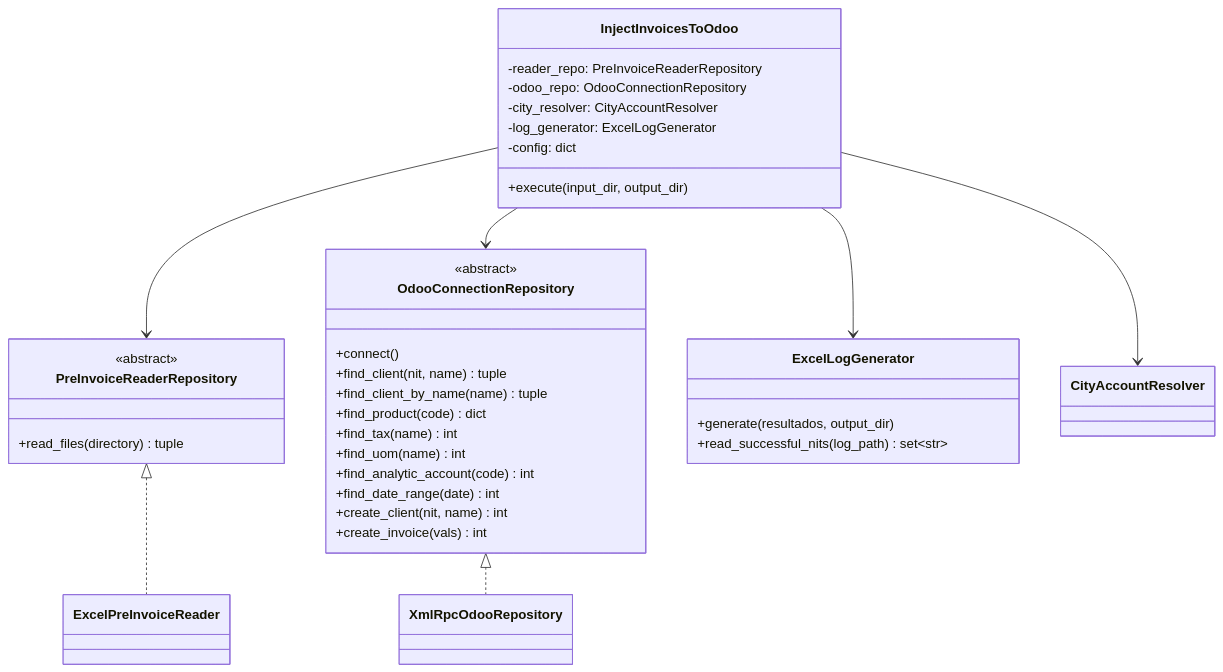
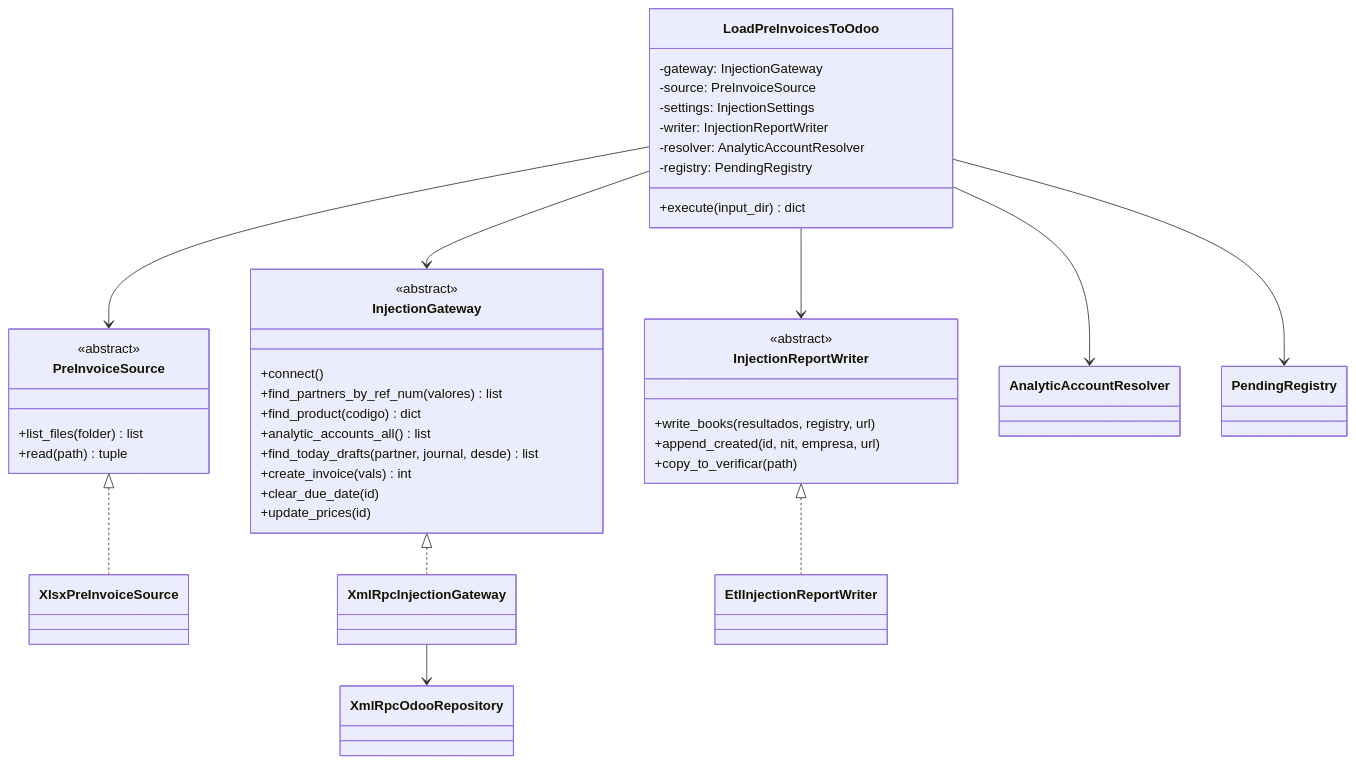
The sixth of 12 diagrams in docs/c4-diagrams.md (santo2409/Facturacion), drawn with Mermaid before and after one commit. The commit also changed other lines of this file and 31 other files, not shown here.

First line of the commit message:
refactor(odooInjection): retirar el flujo viejo de inyección

````diff
--- a/docs/c4-diagrams.md
+++ b/docs/c4-diagrams.md
@@ -319,42 +319,47 @@
 ```mermaid
 classDiagram
-    class InjectInvoicesToOdoo {
-        -reader_repo: PreInvoiceReaderRepository
-        -odoo_repo: OdooConnectionRepository
-        -city_resolver: CityAccountResolver
-        -log_generator: ExcelLogGenerator
-        -config: dict
-        +execute(input_dir, output_dir)
+    class LoadPreInvoicesToOdoo {
+        -gateway: InjectionGateway
+        -source: PreInvoiceSource
+        -settings: InjectionSettings
+        -writer: InjectionReportWriter
+        -resolver: AnalyticAccountResolver
+        -registry: PendingRegistry
+        +execute(input_dir) dict
     }
 
-    class PreInvoiceReaderRepository {
+    class PreInvoiceSource {
         <<abstract>>
-        +read_files(directory) tuple
+        +list_files(folder) list
+        +read(path) tuple
     }
 
-    class OdooConnectionRepository {
+    class InjectionGateway {
         <<abstract>>
         +connect()
-        +find_client(nit, name) tuple
-        +find_client_by_name(name) tuple
-        +find_product(code) dict
-        +find_tax(name) int
-        +find_uom(name) int
-        +find_analytic_account(code) int
-        +find_date_range(date) int
-        +create_client(nit, name) int
+        +find_partners_by_ref_num(valores) list
+        +find_product(codigo) dict
+        +analytic_accounts_all() list
+        +find_today_drafts(partner, journal, desde) list
         +create_invoice(vals) int
+        +clear_due_date(id)
+        +update_prices(id)
     }
 
-    class ExcelLogGenerator {
-        +generate(resultados, output_dir)
-        +read_successful_nits(log_path) set~str~
+    class InjectionReportWriter {
+        <<abstract>>
+        +write_books(resultados, registry, url)
+        +append_created(id, nit, empresa, url)
+        +copy_to_verificar(path)
     }
 
-    InjectInvoicesToOdoo --> PreInvoiceReaderRepository
-    InjectInvoicesToOdoo --> OdooConnectionRepository
-    InjectInvoicesToOdoo --> CityAccountResolver
-    InjectInvoicesToOdoo --> ExcelLogGenerator
-    PreInvoiceReaderRepository <|.. ExcelPreInvoiceReader
-    OdooConnectionRepository <|.. XmlRpcOdooRepository
+    LoadPreInvoicesToOdoo --> PreInvoiceSource
+    LoadPreInvoicesToOdoo --> InjectionGateway
+    LoadPreInvoicesToOdoo --> InjectionReportWriter
+    LoadPreInvoicesToOdoo --> AnalyticAccountResolver
+    LoadPreInvoicesToOdoo --> PendingRegistry
+    PreInvoiceSource <|.. XlsxPreInvoiceSource
+    InjectionGateway <|.. XmlRpcInjectionGateway
+    InjectionReportWriter <|.. EtlInjectionReportWriter
+    XmlRpcInjectionGateway --> XmlRpcOdooRepository
 ```
````
